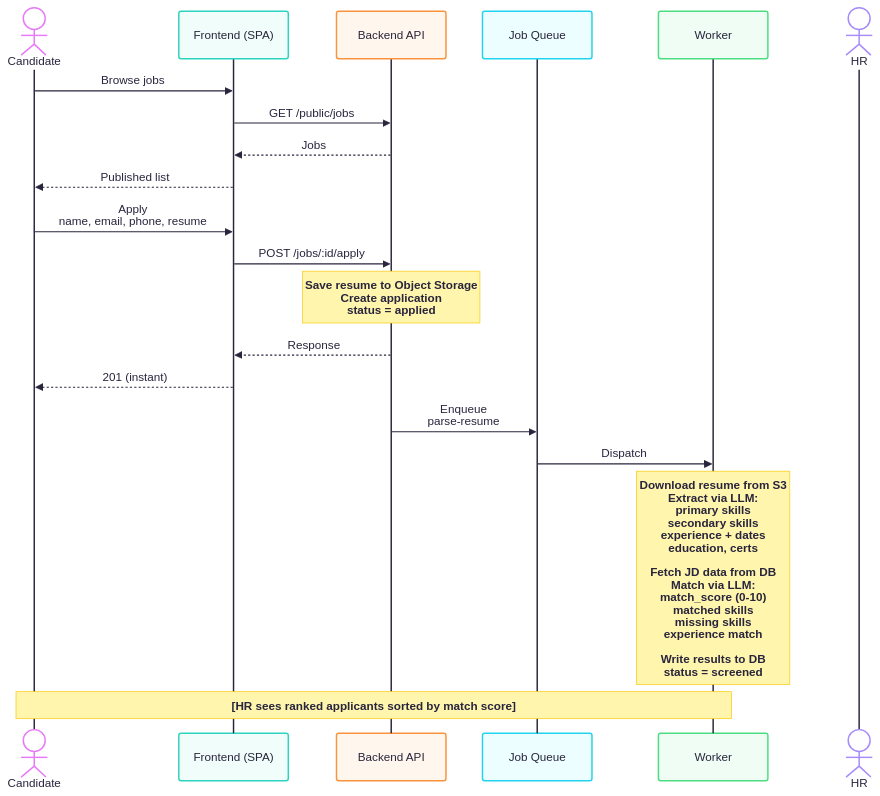
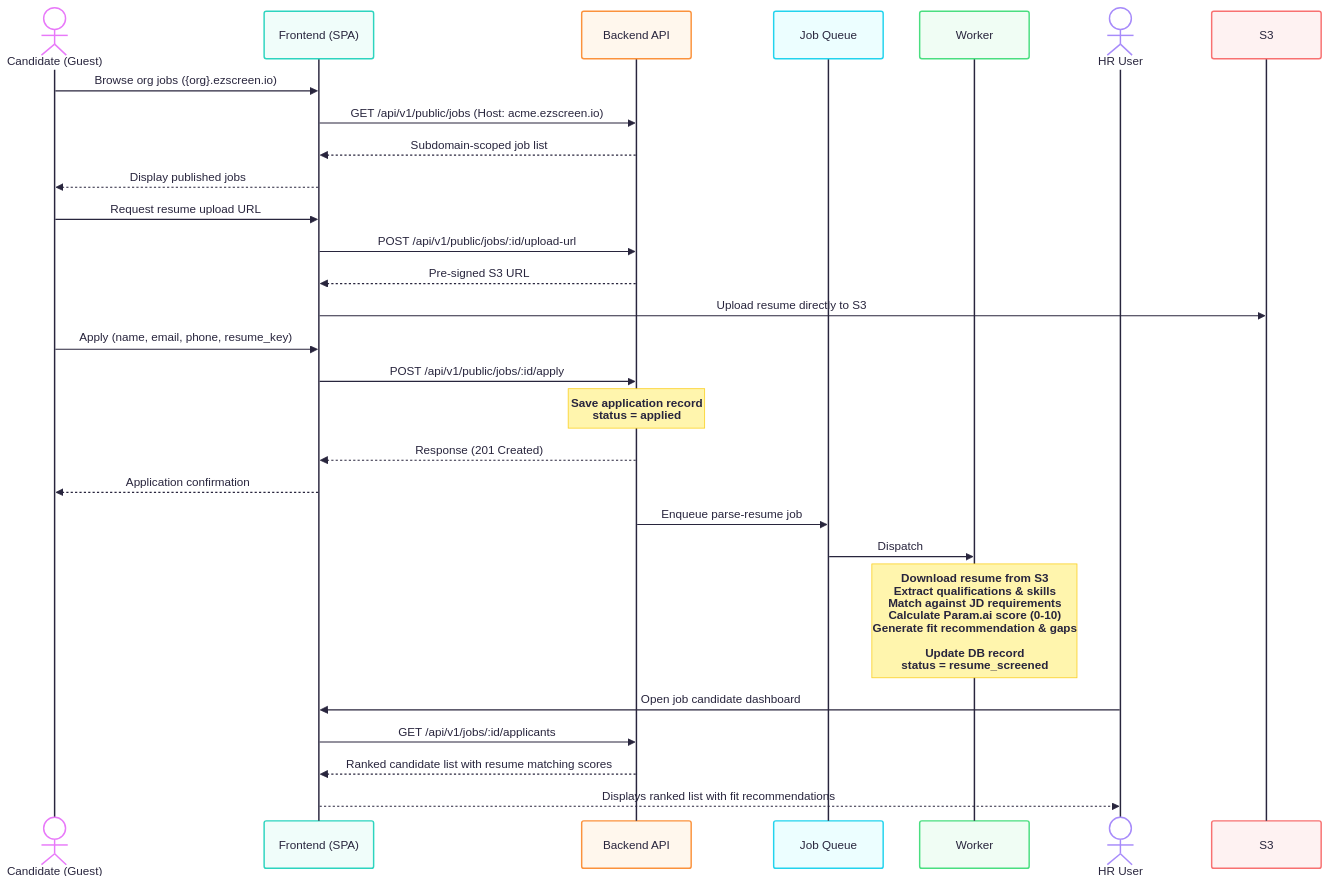
The fourth of 6 diagrams in docs/architecture/SYSTEM_DESIGN.md (joshsoftware/EZScreen), drawn with Mermaid before and after one commit. The commit also changed other lines of this file, not shown here.

````diff
--- a/docs/architecture/SYSTEM_DESIGN.md
+++ b/docs/architecture/SYSTEM_DESIGN.md
@@ -417,27 +401,38 @@
 ```mermaid
 ---
 config:
   theme: redux-color
 ---
 sequenceDiagram
-    actor C as Candidate
+    actor C as Candidate (Guest)
     participant F as Frontend (SPA)
     participant B as Backend API
     participant Q as Job Queue
     participant W as Worker
-    actor HR
+    actor HR as HR User
 
-    C->>F: Browse jobs
-    F->>B: GET /public/jobs
-    B-->>F: Jobs
-    F-->>C: Published list
-    C->>F: Apply<br>name, email, phone, resume
-    F->>B: POST /jobs/:id/apply
-    Note over B: Save resume to Object Storage<br>Create application<br>status = applied
-    B-->>F: Response
-    F-->>C: 201 (instant)
-    B->>Q: Enqueue<br>parse-resume
+    C->>F: Browse org jobs ({org}.ezscreen.io)
+    F->>B: GET /api/v1/public/jobs (Host: acme.ezscreen.io)
+    B-->>F: Subdomain-scoped job list
+    F-->>C: Display published jobs
+    
+    C->>F: Request resume upload URL
+    F->>B: POST /api/v1/public/jobs/:id/upload-url
+    B-->>F: Pre-signed S3 URL
+    F->>S3: Upload resume directly to S3
+    
+    C->>F: Apply (name, email, phone, resume_key)
+    F->>B: POST /api/v1/public/jobs/:id/apply
+    Note over B: Save application record<br>status = applied
+    B-->>F: Response (201 Created)
+    F-->>C: Application confirmation
+    
+    B->>Q: Enqueue parse-resume job
     Q->>W: Dispatch
-    Note over W: Download resume from S3<br>Extract via LLM:<br>primary skills<br>secondary skills<br>experience + dates<br>education, certs<br><br>Fetch JD data from DB<br>Match via LLM:<br>match_score (0-10)<br>matched skills<br>missing skills<br>experience match<br><br>Write results to DB<br>status = screened
-    Note over C,W: [HR sees ranked applicants sorted by match score]
+    Note over W: Download resume from S3<br>Extract qualifications & skills<br>Match against JD requirements<br>Calculate Param.ai score (0-10)<br>Generate fit recommendation & gaps<br><br>Update DB record<br>status = resume_screened
+    
+    HR->>F: Open job candidate dashboard
+    F->>B: GET /api/v1/jobs/:id/applicants
+    B-->>F: Ranked candidate list with resume matching scores
+    F-->>HR: Displays ranked list with fit recommendations
 ```
````
